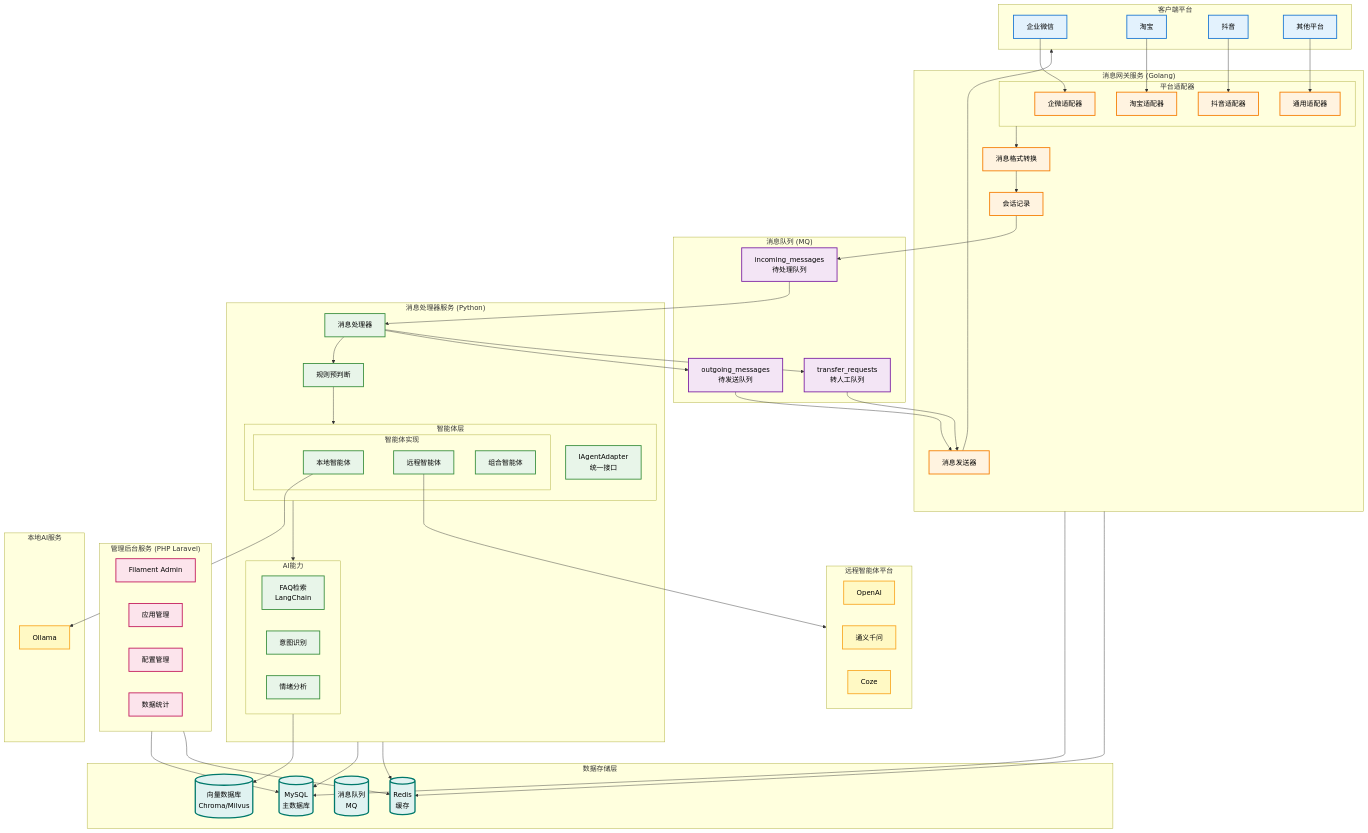
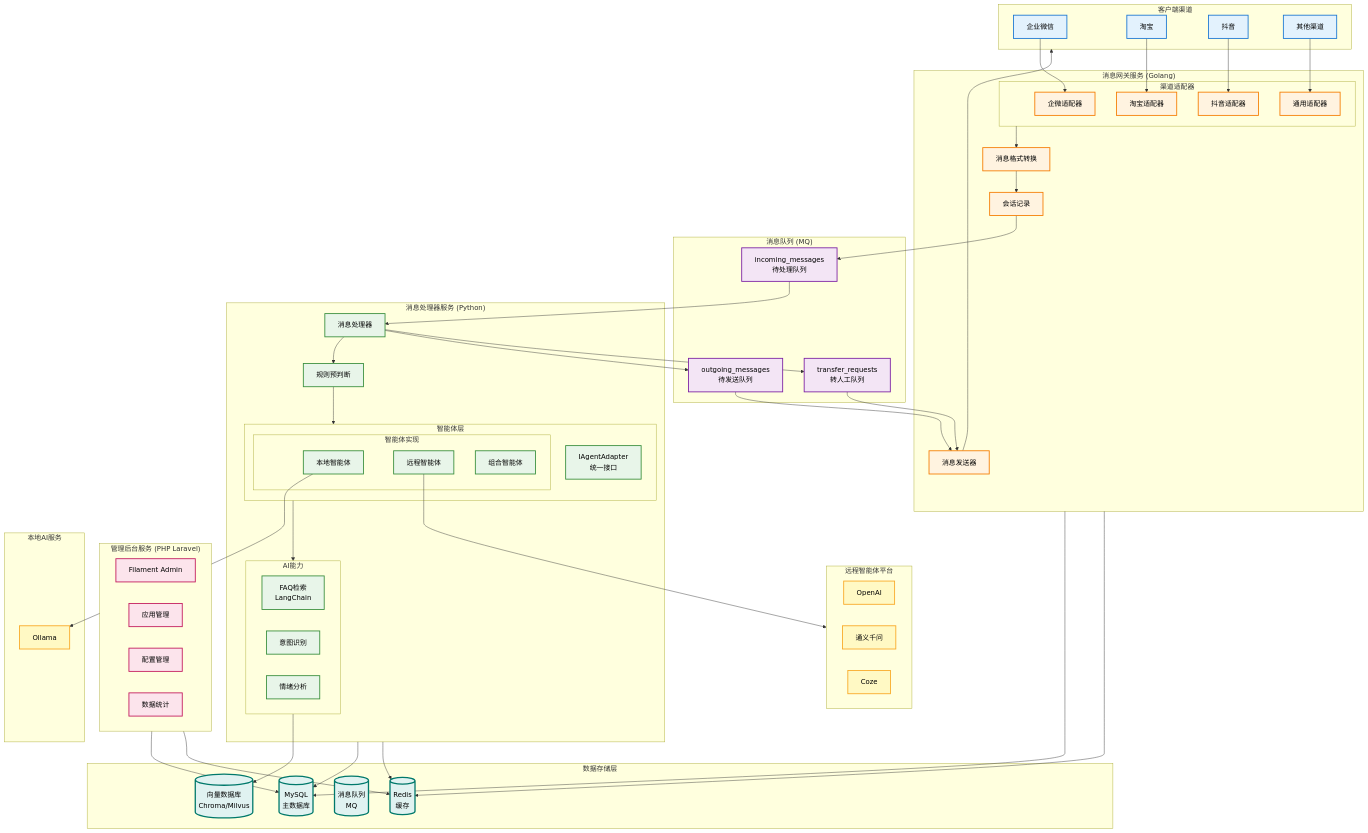
One commit to liushoukun/huizhida-chatbot changed the first of 17 diagrams in docs/requirements.md. Above: the diagram before and after it, drawn with Mermaid. The commit also changed other lines of this file and 1 other file, not shown here.

````diff
--- a/docs/requirements.md
+++ b/docs/requirements.md
@@ -60,14 +60,14 @@
 ```mermaid
 flowchart TB
-    subgraph Clients["客户端平台"]
+    subgraph Clients["客户端渠道"]
         WeChat["企业微信"]
         Taobao["淘宝"]
         Douyin["抖音"]
-        Others["其他平台"]
+        Others["其他渠道"]
     end
 
     subgraph GatewayService["消息网关服务 (Golang)"]
-        subgraph Adapters["平台适配器"]
+        subgraph Adapters["渠道适配器"]
             WeChatAdapter["企微适配器"]
             TaobaoAdapter["淘宝适配器"]
             DouyinAdapter["抖音适配器"]
````
